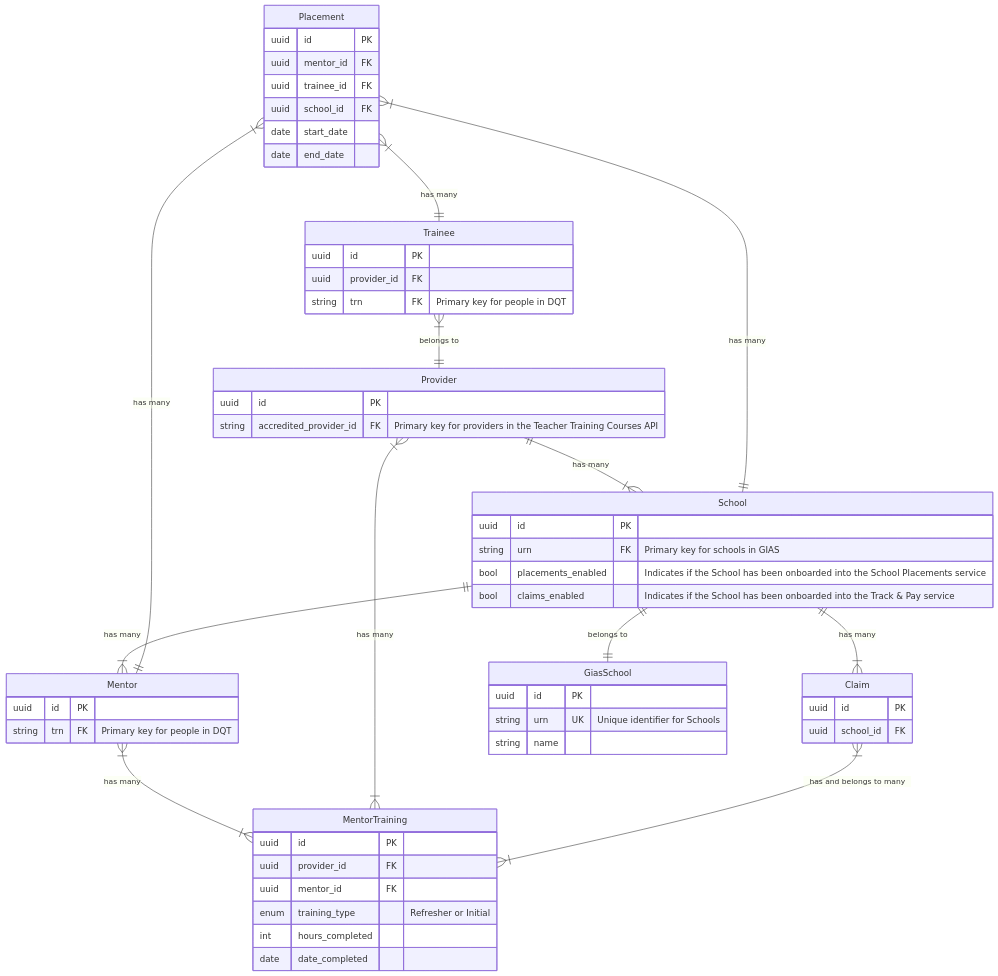
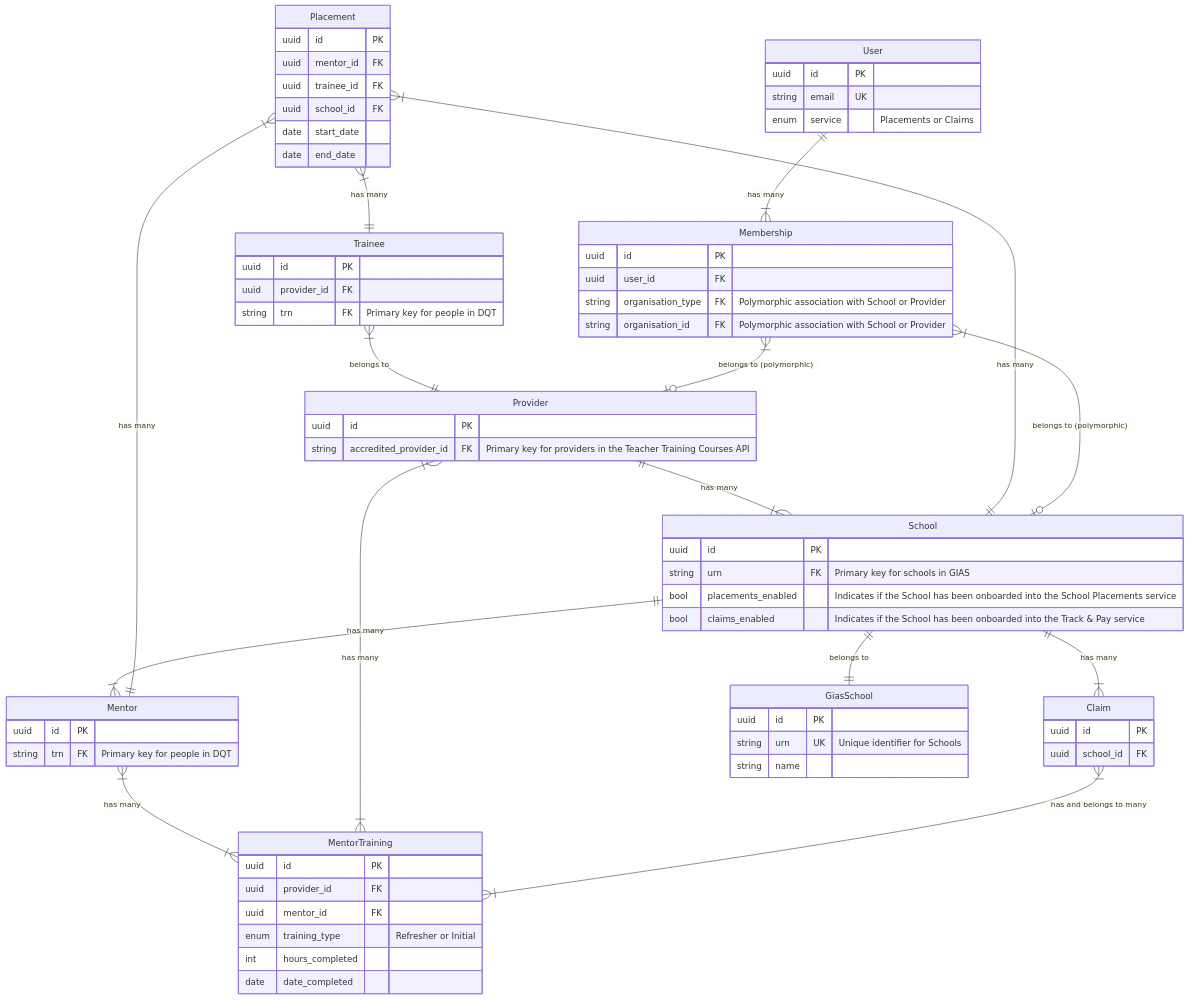
One commit to DFE-Digital/itt-mentor-services changed the diagram in docs/data-model.md. Above: the diagram before and after it, drawn with Mermaid. The commit also changed other lines of this file, not shown here.

Commit message:
Add Users and Memberships to the ERD

````diff
--- a/docs/data-model.md
+++ b/docs/data-model.md
@@ -62,6 +62,19 @@
     string trn FK "Primary key for people in DQT"
   }
 
+  User {
+    uuid id PK
+    string email UK
+    enum service "Placements or Claims"
+  }
+
+  Membership {
+    uuid id PK
+    uuid user_id FK
+    string organisation_type FK "Polymorphic association with School or Provider"
+    string organisation_id FK "Polymorphic association with School or Provider"
+  }
+
   GiasSchool {
     uuid id PK
     string urn UK "Unique identifier for Schools"
@@ -83,4 +96,8 @@
 
   School ||--|{ Claim : "has many"
   Claim }|--|{ MentorTraining : "has and belongs to many"
+
+  User ||--|{ Membership : "has many"
+  Membership }|--o| Provider : "belongs to (polymorphic)"
+  Membership }|--o| School : "belongs to (polymorphic)"
 ```
````
